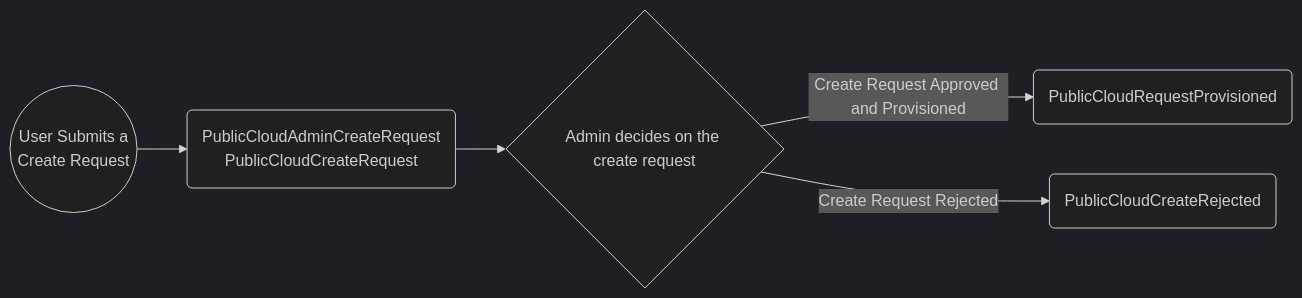
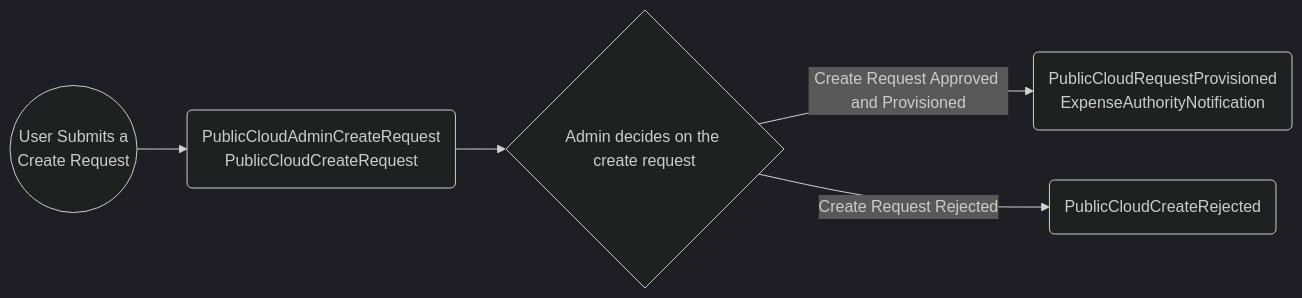
One commit to bcgov/platform-services-registry changed the first of 3 diagrams in docs/email-scenarios-public-cloud.md. Above: the diagram before and after it, drawn with Mermaid (dark theme). The commit also changed other lines of this file and 6 other files, not shown here.

````diff
--- a/docs/email-scenarios-public-cloud.md
+++ b/docs/email-scenarios-public-cloud.md
@@ -33,7 +36,7 @@
 ```mermaid
-flowchart LR
+ flowchart LR
     A((User Submits a <br> Create Request)) --> B(PublicCloudAdminCreateRequest<br>PublicCloudCreateRequest)
     B --> C{Admin decides on the create request}
-    C -->|Create Request Approved and Provisioned| D(PublicCloudRequestProvisioned)
+    C -->|Create Request Approved and Provisioned| D(PublicCloudRequestProvisioned<br>ExpenseAuthorityNotification)
     C -->|Create Request Rejected| E(PublicCloudCreateRejected)
 ```
````
